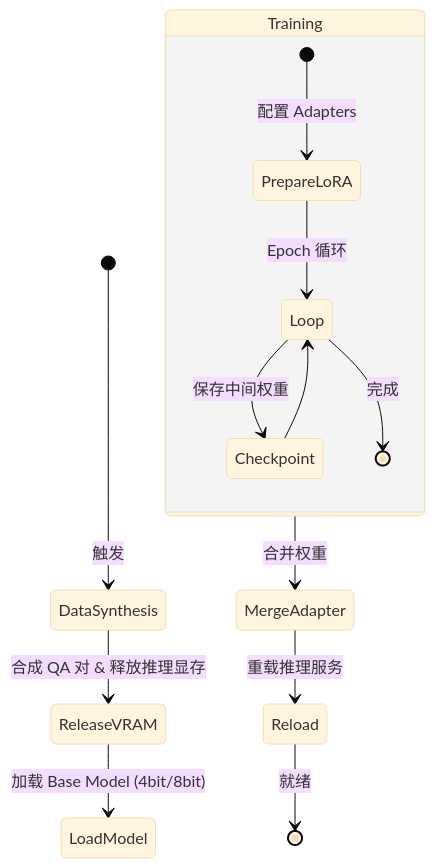
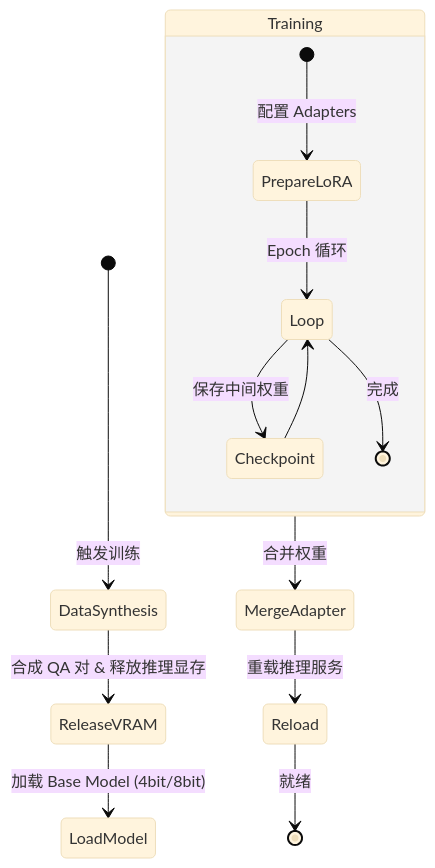
Before and after one commit to wangxwit/Second-Me: the seventh of 8 diagrams in docs/TECHNICAL_DESIGN.md, drawn with Mermaid (base theme). The commit also changed other lines of this file, not shown here.

````diff
--- a/docs/TECHNICAL_DESIGN.md
+++ b/docs/TECHNICAL_DESIGN.md
@@ -601,18 +635,18 @@
 ```mermaid
 stateDiagram-v2
-    [*] --> DataSynthesis: 触发
+    [*] --> DataSynthesis: 触发训练
     DataSynthesis --> ReleaseVRAM: 合成 QA 对 & 释放推理显存
     ReleaseVRAM --> LoadModel: 加载 Base Model (4bit/8bit)
     
     state Training {
         [*] --> PrepareLoRA: 配置 Adapters
         PrepareLoRA --> Loop: Epoch 循环
         Loop --> Checkpoint: 保存中间权重
         Checkpoint --> Loop
         Loop --> [*]: 完成
     }
     
     Training --> MergeAdapter: 合并权重
     MergeAdapter --> Reload: 重载推理服务
     Reload --> [*]: 就绪
 ```
````
